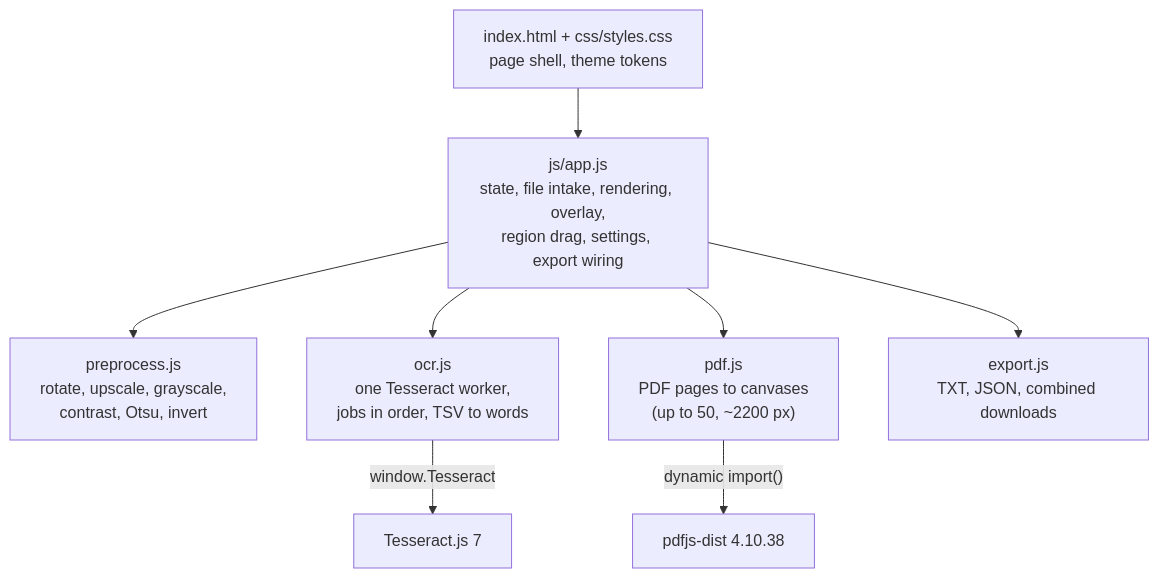
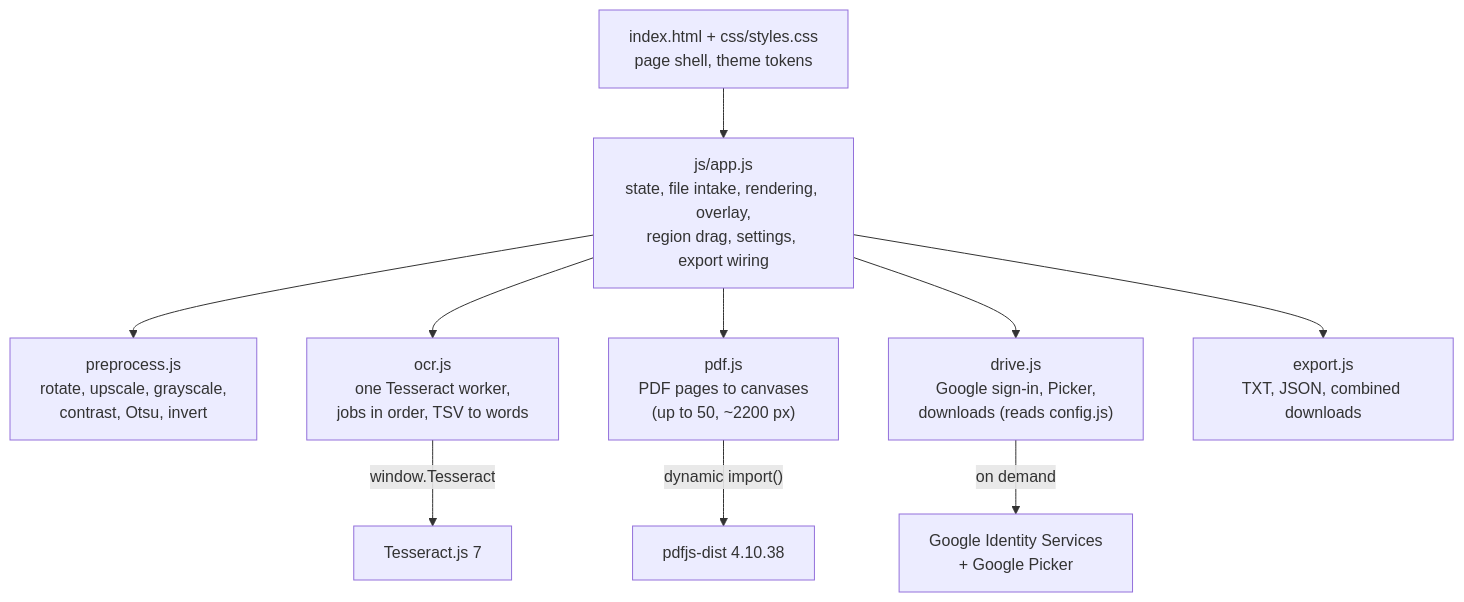
One commit to bharathdrive-ai/imageRecognition changed the second of 3 diagrams in ARCHITECTURE.md. Above: the diagram before and after it, drawn with Mermaid. The commit also changed other lines of this file, not shown here.

Commit message:
docs: add Google Drive import to the architecture document

````diff
--- a/ARCHITECTURE.md
+++ b/ARCHITECTURE.md
@@ -41,10 +42,12 @@
 ```mermaid
 flowchart TB
     index["index.html + css/styles.css<br/>page shell, theme tokens"] --> app["js/app.js<br/>state, file intake, rendering, overlay,<br/>region drag, settings, export wiring"]
     app --> pre["preprocess.js<br/>rotate, upscale, grayscale,<br/>contrast, Otsu, invert"]
     app --> ocr["ocr.js<br/>one Tesseract worker,<br/>jobs in order, TSV to words"]
     app --> pdf["pdf.js<br/>PDF pages to canvases<br/>(up to 50, ~2200 px)"]
+    app --> drive["drive.js<br/>Google sign-in, Picker,<br/>downloads (reads config.js)"]
     app --> exp["export.js<br/>TXT, JSON, combined downloads"]
     ocr -- "window.Tesseract" --> tess["Tesseract.js 7"]
     pdf -- "dynamic import()" --> pdfjs["pdfjs-dist 4.10.38"]
+    drive -- "on demand" --> google["Google Identity Services<br/>+ Google Picker"]
 ```
````
